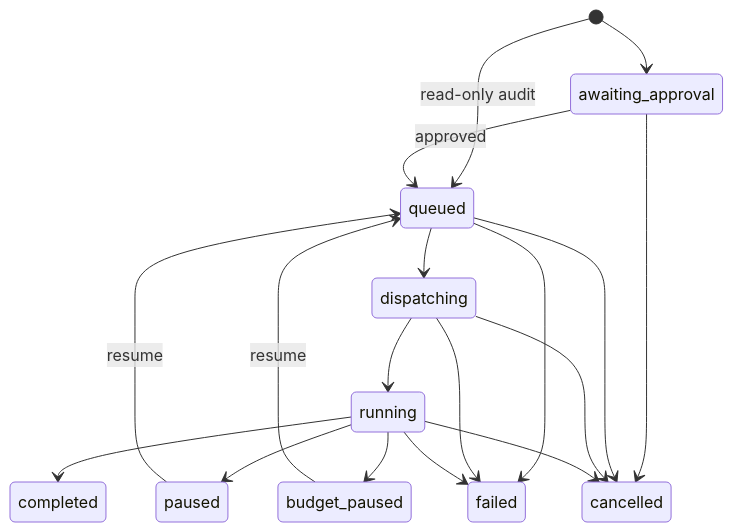
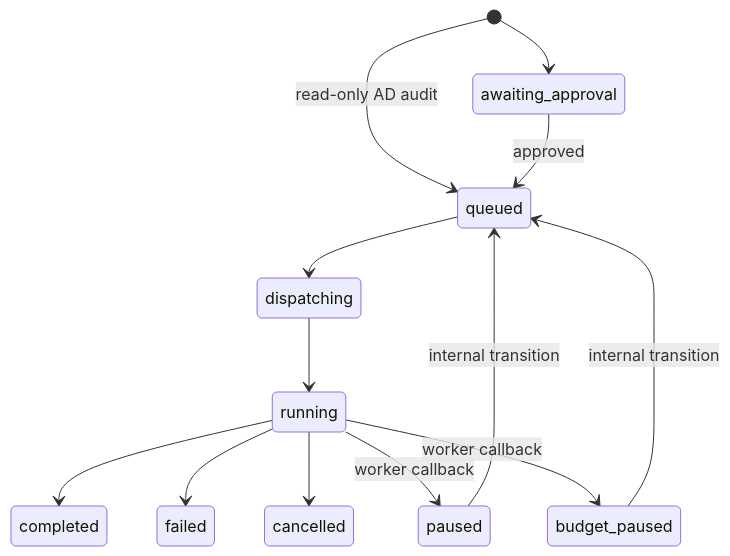
The second of 2 diagrams in docs/jysec-architecture.md (TIAN0517/JySecAI), drawn with Mermaid before and after one commit. The commit also changed other lines of this file and 29 other files, not shown here.

````diff
--- a/docs/jysec-architecture.md
+++ b/docs/jysec-architecture.md
@@ -33,20 +56,15 @@
 ```mermaid
 stateDiagram-v2
     [*] --> awaiting_approval
-    [*] --> queued: read-only audit
+    [*] --> queued: read-only AD audit
     awaiting_approval --> queued: approved
     queued --> dispatching
     dispatching --> running
-    running --> paused
-    running --> budget_paused
-    paused --> queued: resume
-    budget_paused --> queued: resume
     running --> completed
-    awaiting_approval --> cancelled
-    queued --> cancelled
-    dispatching --> cancelled
+    running --> failed
     running --> cancelled
-    queued --> failed
-    dispatching --> failed
-    running --> failed
+    running --> paused: worker callback
+    running --> budget_paused: worker callback
+    paused --> queued: internal transition
+    budget_paused --> queued: internal transition
 ```
````
